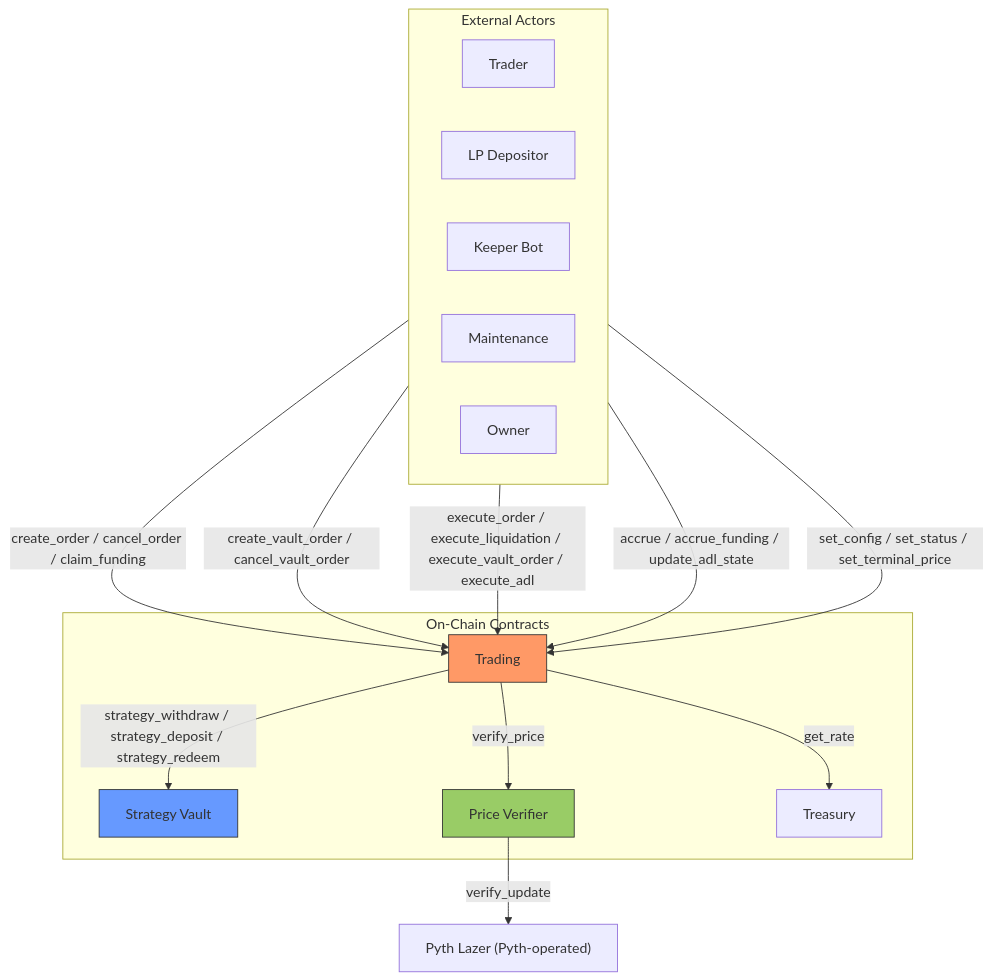
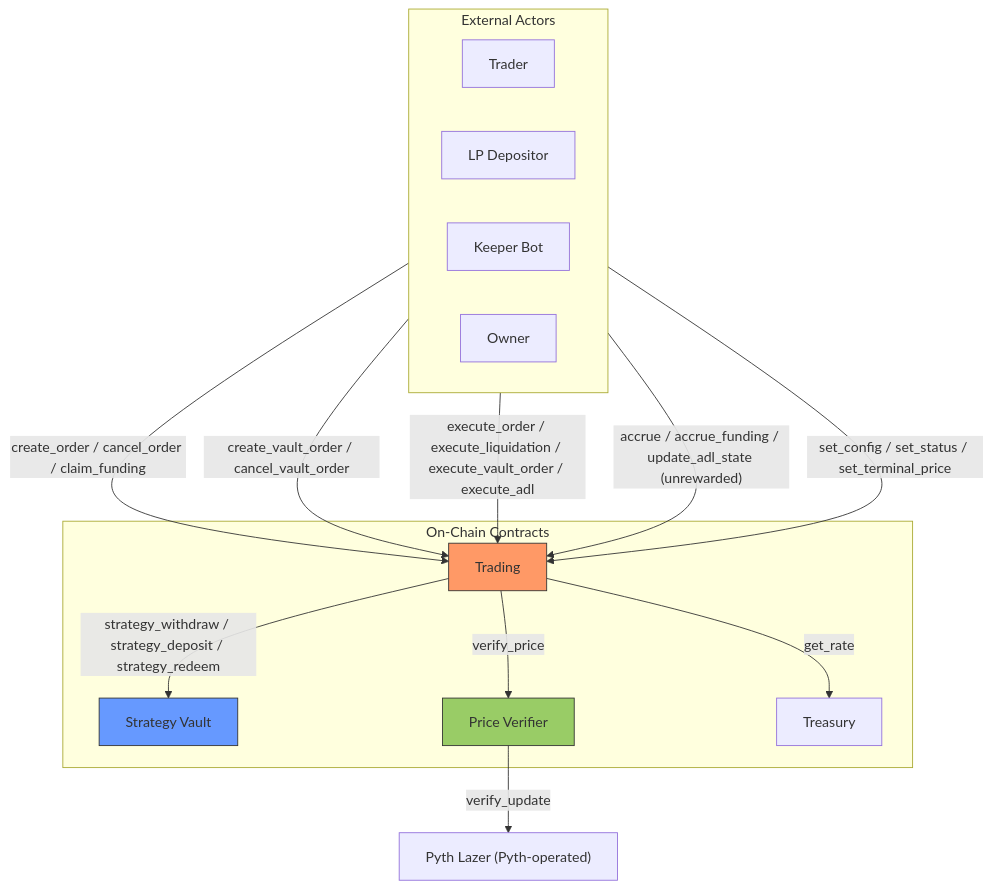
One commit to zenith-protocols/zenex-docs changed the diagram in technical/index.md. Above: the diagram before and after it, drawn with Mermaid. The commit also changed other lines of this file, not shown here.

Commit message:
docs(technical): fold the maintenance role into keeper

````diff
--- a/technical/index.md
+++ b/technical/index.md
@@ -42,35 +41,34 @@
 ```mermaid
 flowchart TB
     subgraph Actors["External Actors"]
         direction LR
         Trader["Trader"]
         LP["LP Depositor"]
         Keeper["Keeper Bot"]
-        Maint["Maintenance"]
         Admin["Owner"]
     end
 
     subgraph Contracts["On-Chain Contracts"]
         Trading["Trading"]
         Vault["Strategy Vault"]
         PV["Price Verifier"]
         Treasury["Treasury"]
     end
 
     Lazer["Pyth Lazer (Pyth-operated)"]
 
     Trader -->|"create_order / cancel_order / claim_funding"| Trading
     LP -->|"create_vault_order / cancel_vault_order"| Trading
     Keeper -->|"execute_order / execute_liquidation / execute_vault_order / execute_adl"| Trading
-    Maint -->|"accrue / accrue_funding / update_adl_state"| Trading
+    Keeper -->|"accrue / accrue_funding / update_adl_state (unrewarded)"| Trading
     Admin -->|"set_config / set_status / set_terminal_price"| Trading
 
     Trading -->|"verify_price"| PV
     PV -->|"verify_update"| Lazer
     Trading -->|"strategy_withdraw / strategy_deposit / strategy_redeem"| Vault
     Trading -->|"get_rate"| Treasury
 
     style Trading fill:#f96,stroke:#333
     style Vault fill:#69f,stroke:#333
     style PV fill:#9c6,stroke:#333
 ```
````
